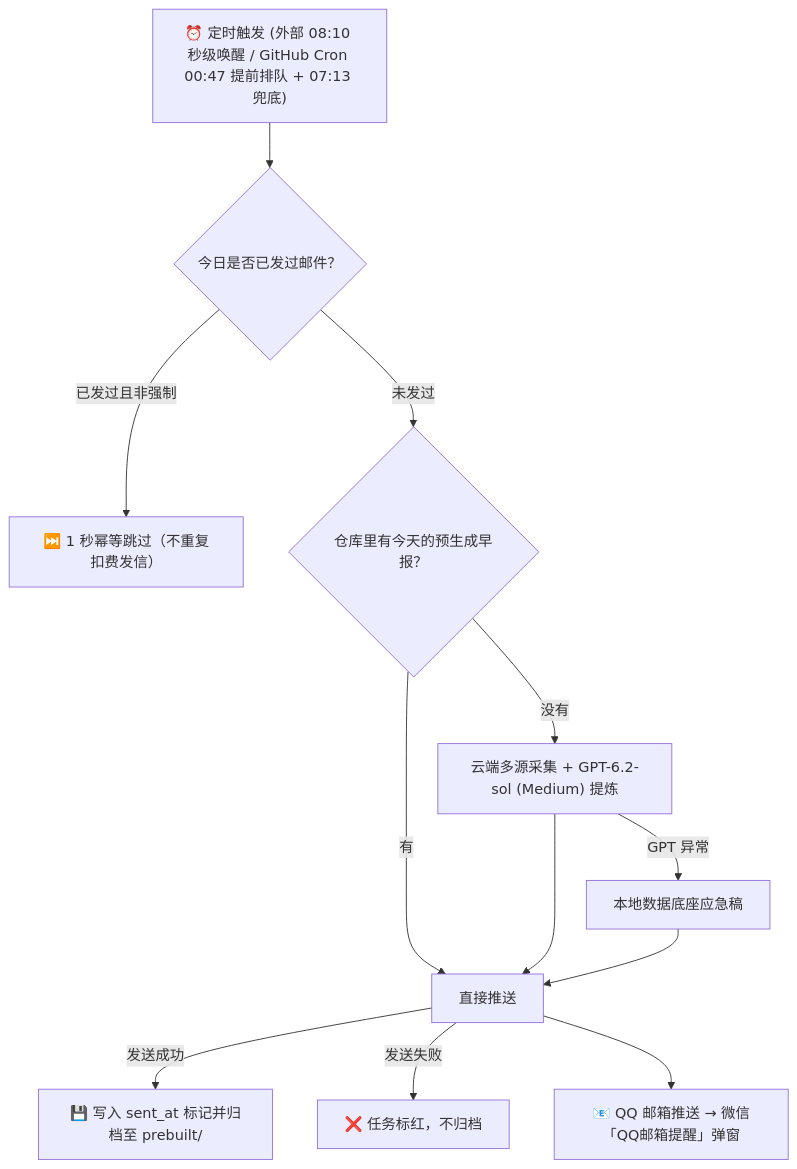
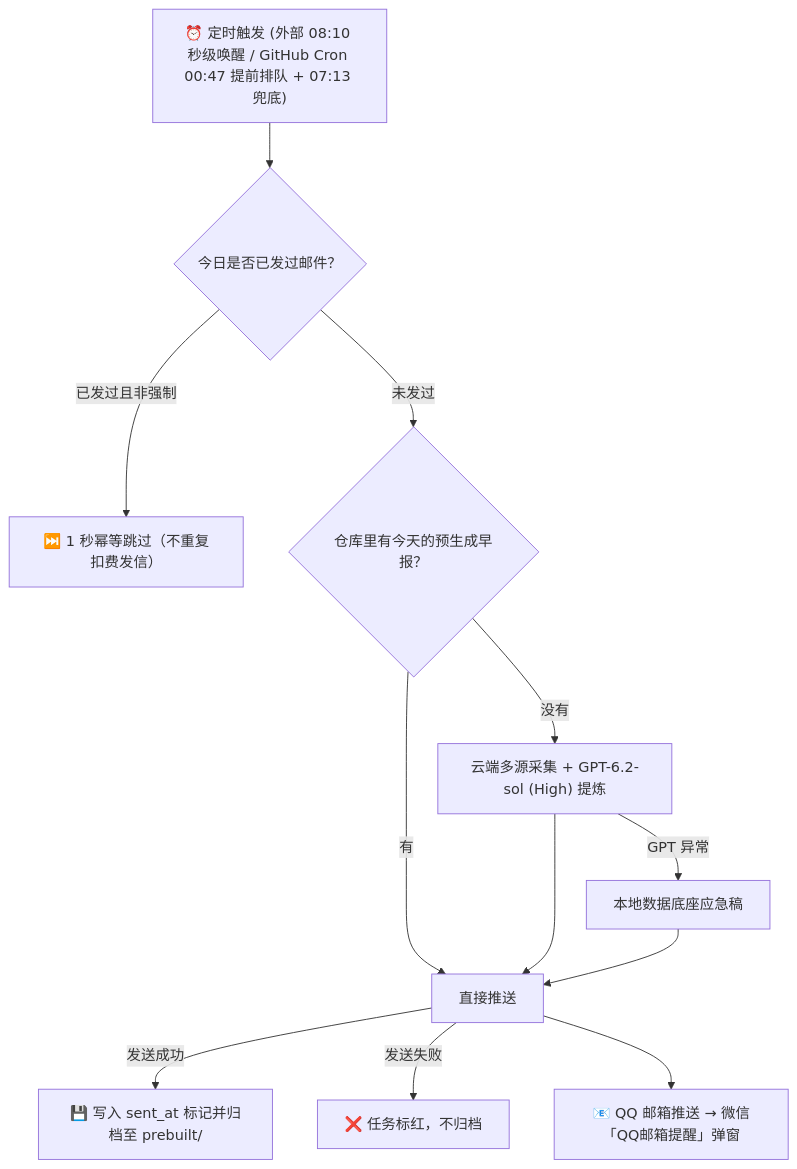
Before and after one commit to zjh-fyy/daily-ai-digest: the diagram in README.md, drawn with Mermaid. The commit also changed other lines of this file and 3 other files, not shown here.

````diff
--- a/README.md
+++ b/README.md
@@ -28,14 +28,14 @@
 ```mermaid
 flowchart TD
     B["⏰ 定时触发 (外部 08:10 秒级唤醒 / GitHub Cron 00:47 提前排队 + 07:13 兜底)"] --> I{"今日是否已发过邮件？"}
     I -->|已发过且非强制| S["⏭️ 1 秒幂等跳过（不重复扣费发信）"]
     I -->|未发过| C{"仓库里有今天的预生成早报？"}
     C -->|有| D["直接推送"]
-    C -->|没有| E["云端多源采集 + GPT-6.2-sol (Medium) 提炼"]
+    C -->|没有| E["云端多源采集 + GPT-6.2-sol (High) 提炼"]
     E -->|GPT 异常| F["本地数据底座应急稿"]
     E --> D
     F --> D
     D -->|发送成功| H["💾 写入 sent_at 标记并归档至 prebuilt/"]
     D -->|发送失败| X["❌ 任务标红，不归档"]
     D --> G["📧 QQ 邮箱推送 → 微信「QQ邮箱提醒」弹窗"]
 ```
````
